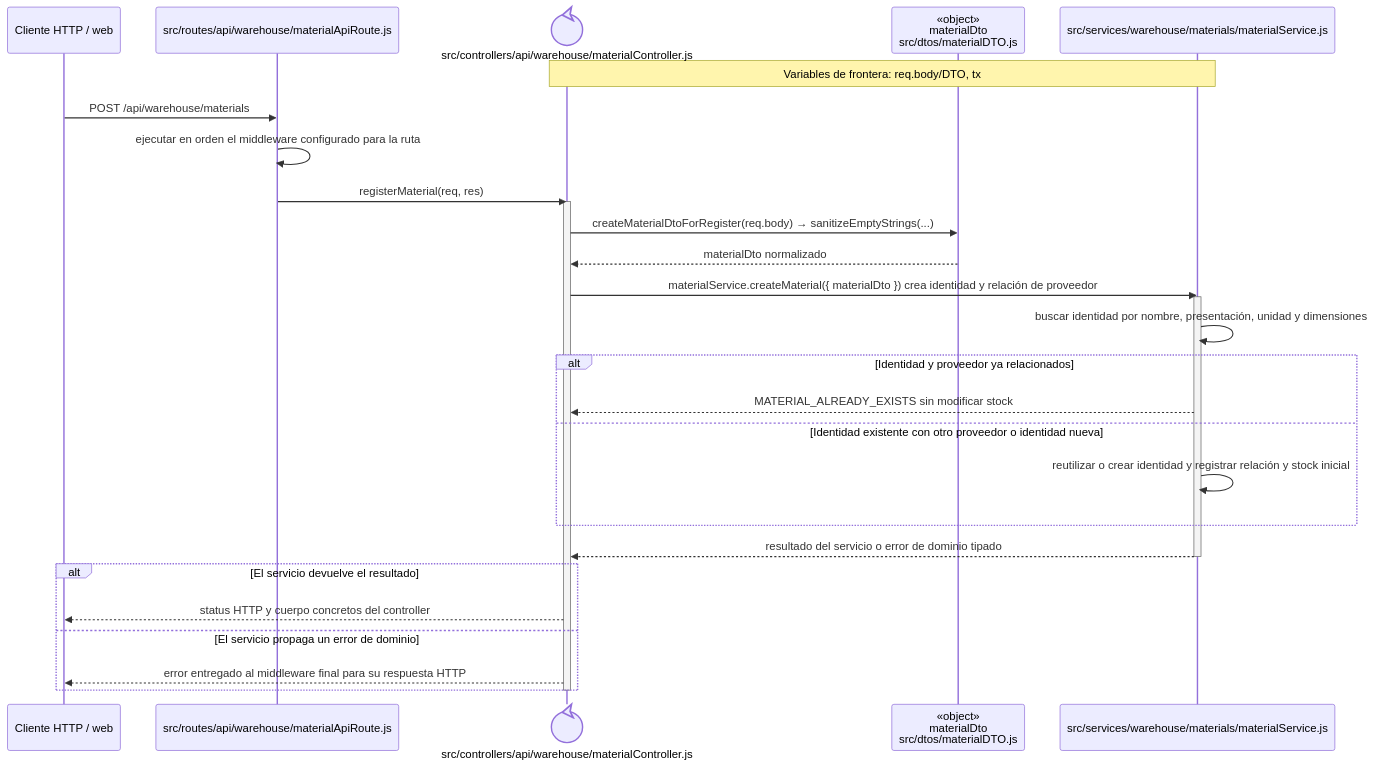
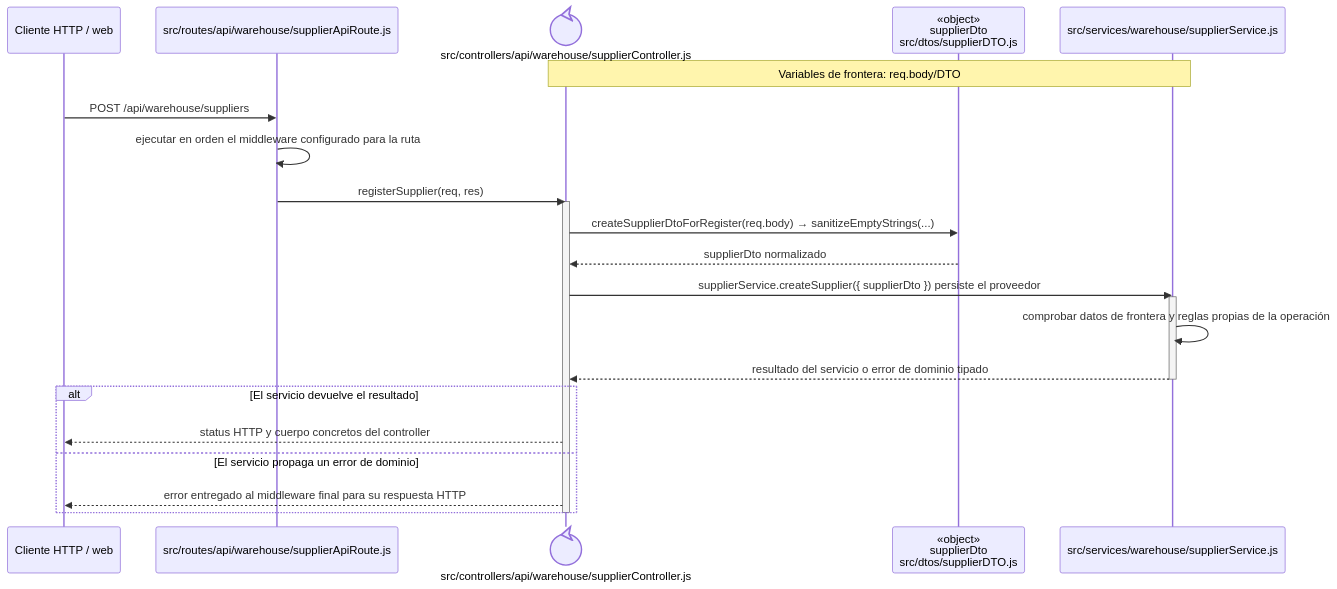
Before and after one commit to gpgsistemas01/nexus: the diagram in docs/architecture/backend-code-sequences/catalogs/cu-cat-02.md, drawn with Mermaid. The commit also changed other lines of this file and 287 other files, not shown here.

````diff
--- a/docs/architecture/backend-code-sequences/catalogs/cu-cat-02.md
+++ b/docs/architecture/backend-code-sequences/catalogs/cu-cat-02.md
@@ -6,32 +6,27 @@
 ```mermaid
 sequenceDiagram
     participant Client as Cliente HTTP / web
-    participant Route as src/routes/api/warehouse/materialApiRoute.js
-    participant Controller@{ "type": "control" } as src/controllers/api/warehouse/materialController.js
-    participant MaterialDto as «object»<br/>materialDto<br/>src/dtos/materialDTO.js
-    participant Domain as src/services/warehouse/materials/materialService.js
-    Note over Controller,Domain: Variables de frontera: req.body/DTO, tx
+    participant Route as src/routes/api/warehouse/supplierApiRoute.js
+    participant Controller@{ "type": "control" } as src/controllers/api/warehouse/supplierController.js
+    participant SupplierDto as «object»<br/>supplierDto<br/>src/dtos/supplierDTO.js
+    participant Domain as src/services/warehouse/supplierService.js
+    Note over Controller,Domain: Variables de frontera: req.body/DTO
 
-    Client->>Route: POST /api/warehouse/materials
+    Client->>Route: POST /api/warehouse/suppliers
     Route->>Route: ejecutar en orden el middleware configurado para la ruta
-    Route->>Controller: registerMaterial(req, res)
+    Route->>Controller: registerSupplier(req, res)
     activate Controller
-    Controller->>MaterialDto: createMaterialDtoForRegister(req.body) → sanitizeEmptyStrings(...)
-    MaterialDto-->>Controller: materialDto normalizado
-    Controller->>Domain: materialService.createMaterial({ materialDto }) crea identidad y relación de proveedor
+    Controller->>SupplierDto: createSupplierDtoForRegister(req.body) → sanitizeEmptyStrings(...)
+    SupplierDto-->>Controller: supplierDto normalizado
+    Controller->>Domain: supplierService.createSupplier({ supplierDto }) persiste el proveedor
     activate Domain
-    Domain->>Domain: buscar identidad por nombre, presentación, unidad y dimensiones
-    alt Identidad y proveedor ya relacionados
-        Domain-->>Controller: MATERIAL_ALREADY_EXISTS sin modificar stock
-    else Identidad existente con otro proveedor o identidad nueva
-        Domain->>Domain: reutilizar o crear identidad y registrar relación y stock inicial
-    end
+    Domain->>Domain: comprobar datos de frontera y reglas propias de la operación
     Domain-->>Controller: resultado del servicio o error de dominio tipado
     deactivate Domain
     alt El servicio devuelve el resultado
         Controller-->>Client: status HTTP y cuerpo concretos del controller
     else El servicio propaga un error de dominio
         Controller-->>Client: error entregado al middleware final para su respuesta HTTP
     end
     deactivate Controller
 ```
````
